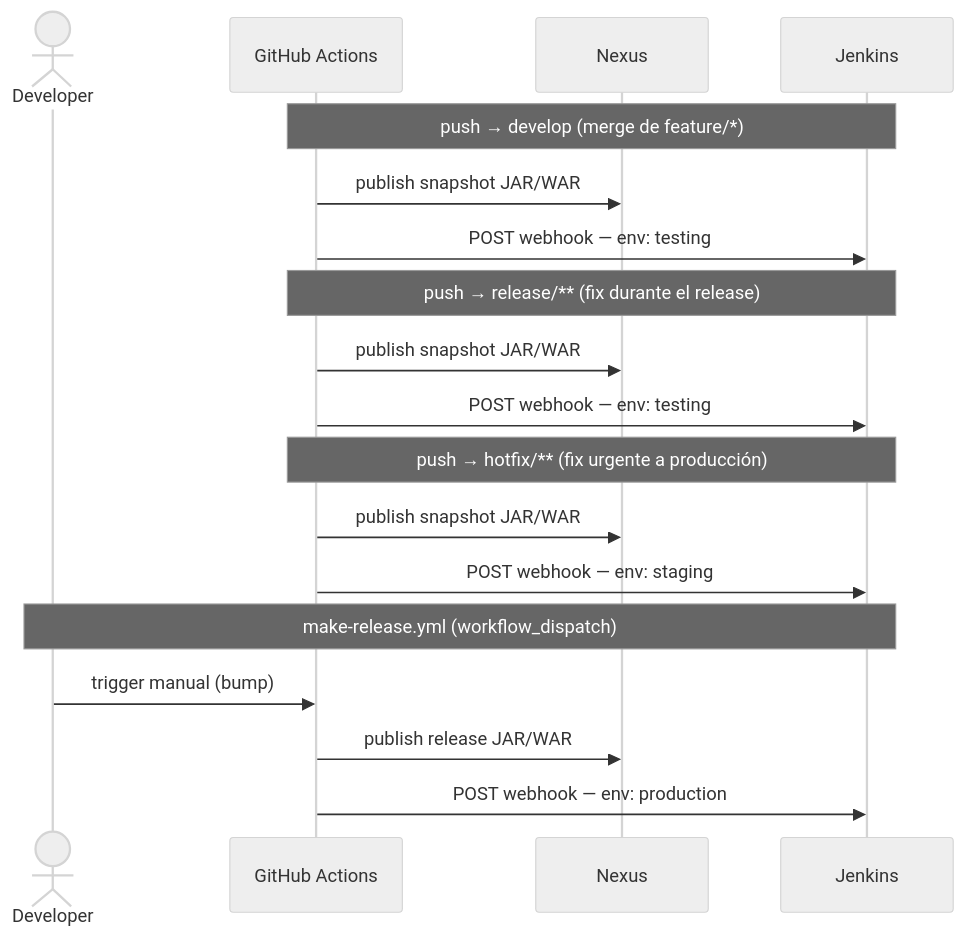
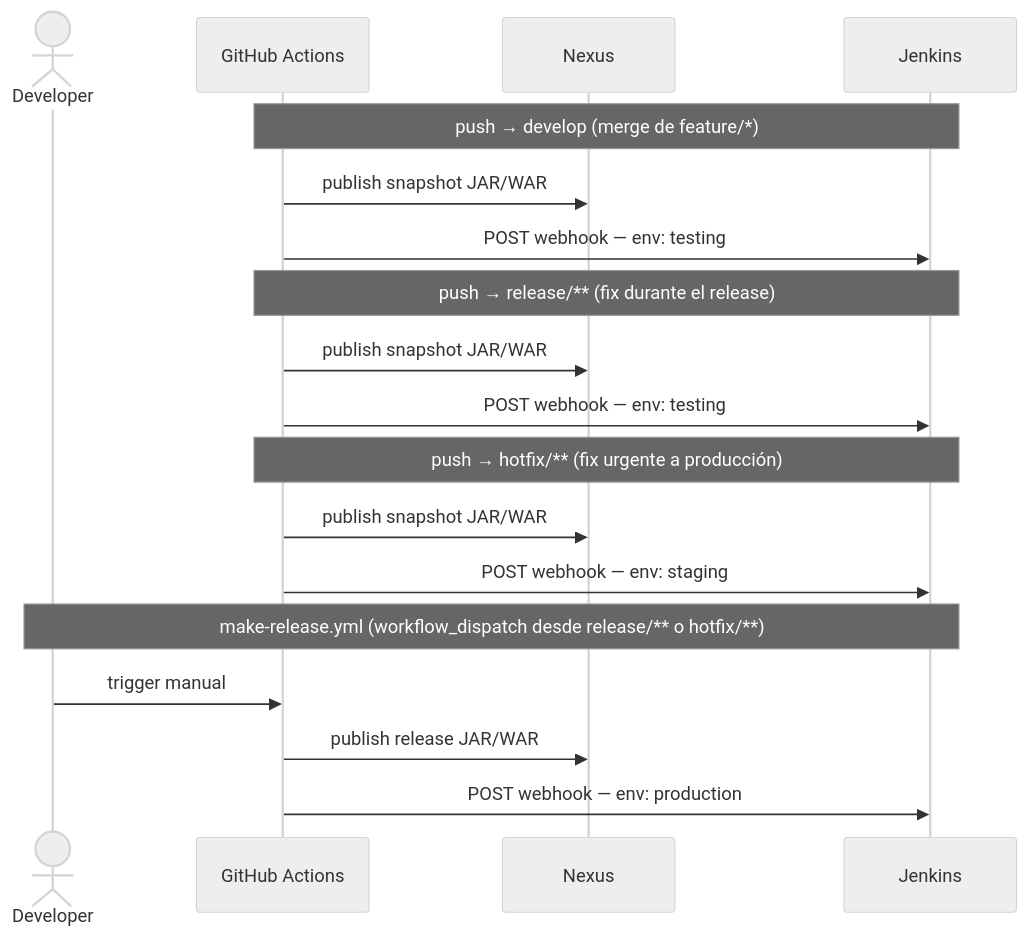
One commit to BQN-UY/CI-CD changed the third of 3 diagrams in docs/migration-v2.md. Above: the diagram before and after it, drawn with Mermaid (neutral theme). The commit also changed other lines of this file and 1 other file, not shown here.

First line of the commit message:
fix: address Copilot review — jq check, semver-tag docs, make-release flow

````diff
--- a/docs/migration-v2.md
+++ b/docs/migration-v2.md
@@ -575,24 +578,24 @@
 ```mermaid
 sequenceDiagram
     actor DEV as Developer
     participant GHA as GitHub Actions
     participant NX as Nexus
     participant JNK as Jenkins
 
     Note over GHA,JNK: push → develop (merge de feature/*)
     GHA->>NX: publish snapshot JAR/WAR
     GHA->>JNK: POST webhook — env: testing
 
     Note over GHA,JNK: push → release/** (fix durante el release)
     GHA->>NX: publish snapshot JAR/WAR
     GHA->>JNK: POST webhook — env: testing
 
     Note over GHA,JNK: push → hotfix/** (fix urgente a producción)
     GHA->>NX: publish snapshot JAR/WAR
     GHA->>JNK: POST webhook — env: staging
 
-    Note over DEV,JNK: make-release.yml (workflow_dispatch)
-    DEV->>GHA: trigger manual (bump)
+    Note over DEV,JNK: make-release.yml (workflow_dispatch desde release/** o hotfix/**)
+    DEV->>GHA: trigger manual
     GHA->>NX: publish release JAR/WAR
     GHA->>JNK: POST webhook — env: production
 ```
````
